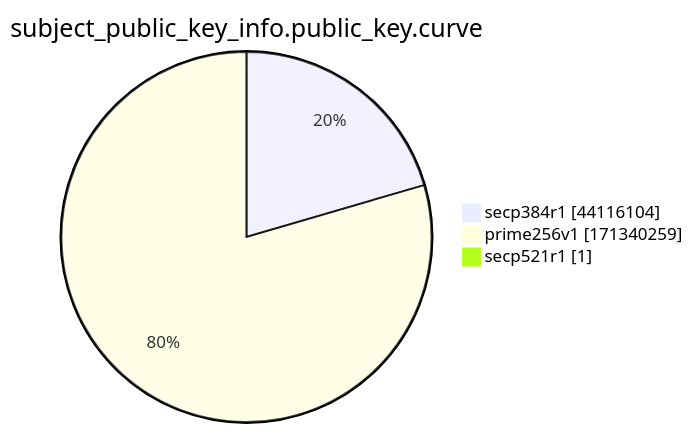
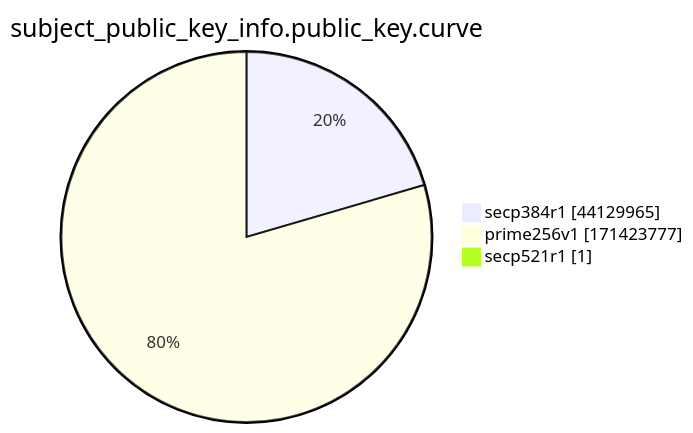
Before and after one commit to christiankrug/ctmonitor_visualization: the ninth of 15 diagrams in xenon2022/README.md, drawn with Mermaid. The commit also changed other lines of this file, not shown here.

````diff
--- a/xenon2022/README.md
+++ b/xenon2022/README.md
@@ -2871,7 +2871,7 @@
 ```mermaid
 pie showData
 title subject_public_key_info.public_key.curve
-"secp384r1" :44116104
-"prime256v1" :171340259
+"secp384r1" :44129965
+"prime256v1" :171423777
 "secp521r1" :1
 ```
````
